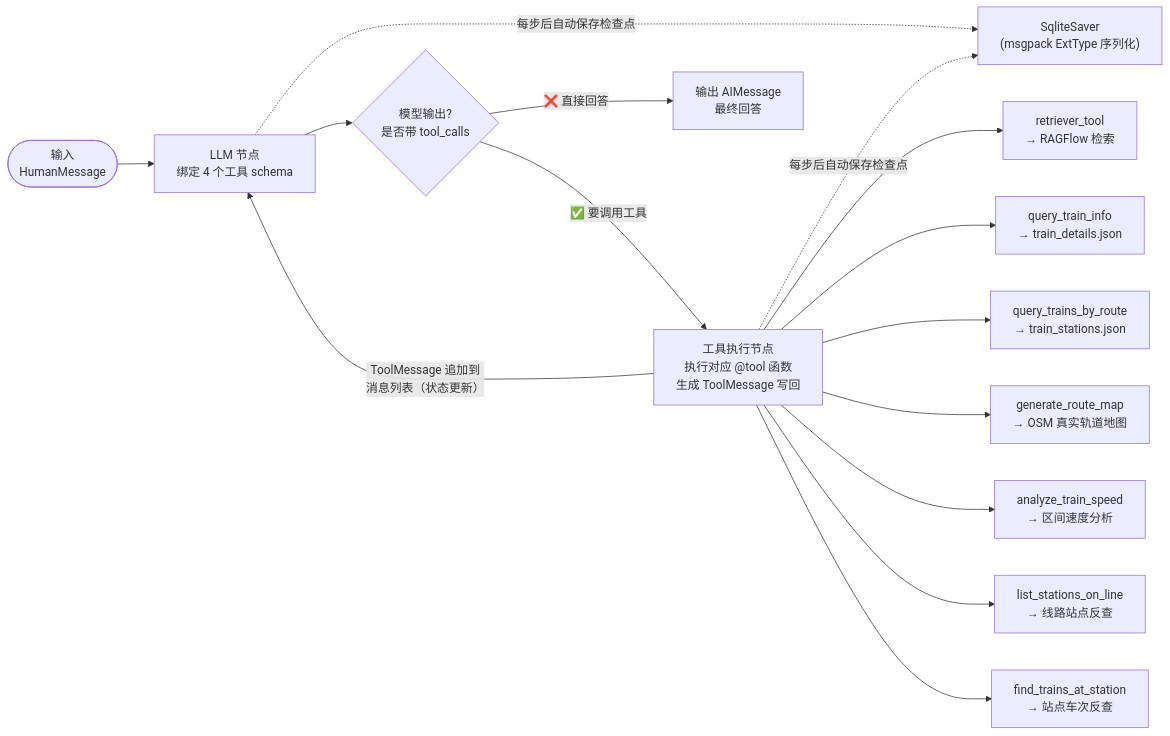
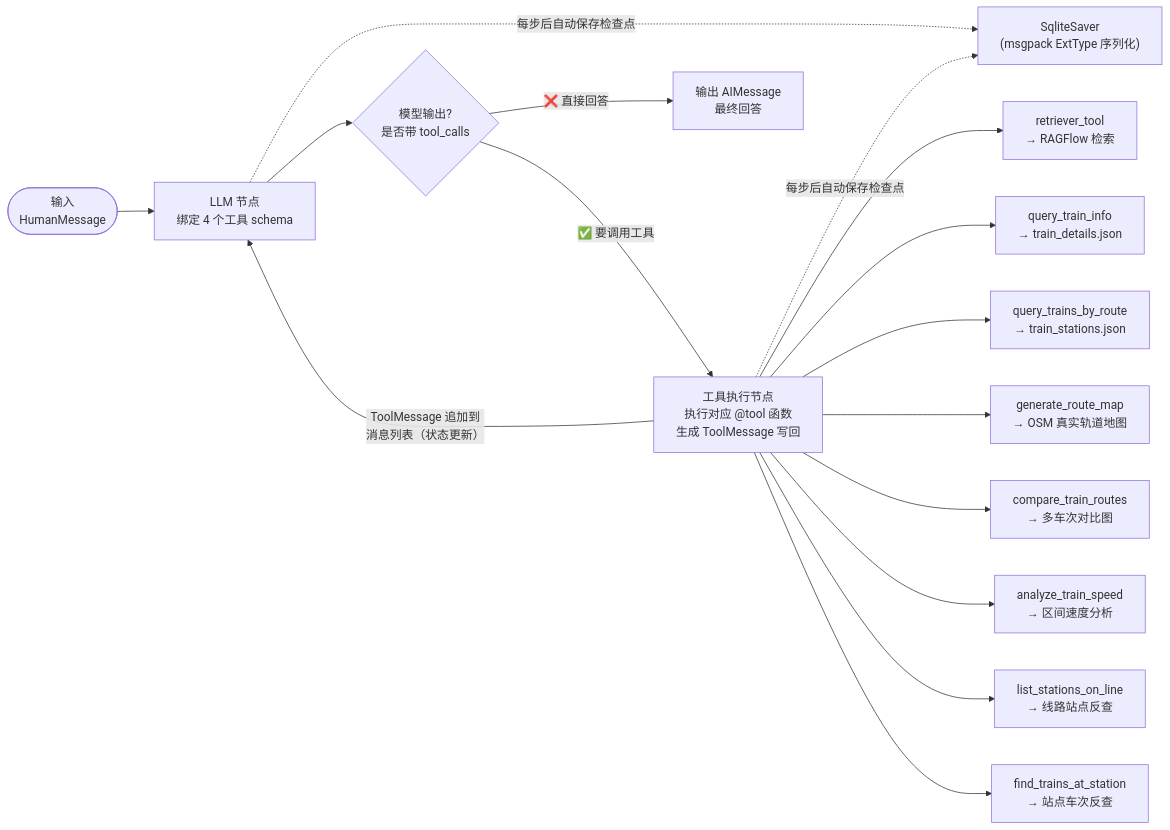
Before and after one commit to 1225-1225/Railway-8620: the second of 5 diagrams in docs/architecture.md, drawn with Mermaid. The commit also changed other lines of this file and 5 other files, not shown here.

First line of the commit message:
feat: 多车次路线对比图（工具数 7 -> 8）

````diff
--- a/docs/architecture.md
+++ b/docs/architecture.md
@@ -84,20 +85,21 @@
 ```mermaid
 flowchart LR
     START(["输入<br/>HumanMessage"]) --> LLM["LLM 节点<br/>绑定 4 个工具 schema"]
 
     LLM --> 判断{"模型输出?<br/>是否带 tool_calls"}
     判断 -->|"✅ 要调用工具"| TOOLS["工具执行节点<br/>执行对应 @tool 函数<br/>生成 ToolMessage 写回"]
     TOOLS -->|"ToolMessage 追加到<br/>消息列表（状态更新）"| LLM
     判断 -->|"❌ 直接回答"| END["输出 AIMessage<br/>最终回答"]
 
     LLM -. "每步后自动保存检查点" .-> CP["SqliteSaver<br/>(msgpack ExtType 序列化)"]
     TOOLS -. "每步后自动保存检查点" .-> CP
 
     TOOLS --> T1["retriever_tool<br/>→ RAGFlow 检索"]
     TOOLS --> T2["query_train_info<br/>→ train_details.json"]
     TOOLS --> T3["query_trains_by_route<br/>→ train_stations.json"]
     TOOLS --> T4["generate_route_map<br/>→ OSM 真实轨道地图"]
-    TOOLS --> T5["analyze_train_speed<br/>→ 区间速度分析"]
-    TOOLS --> T6["list_stations_on_line<br/>→ 线路站点反查"]
-    TOOLS --> T7["find_trains_at_station<br/>→ 站点车次反查"]
+    TOOLS --> T5["compare_train_routes<br/>→ 多车次对比图"]
+    TOOLS --> T6["analyze_train_speed<br/>→ 区间速度分析"]
+    TOOLS --> T7["list_stations_on_line<br/>→ 线路站点反查"]
+    TOOLS --> T8["find_trains_at_station<br/>→ 站点车次反查"]
 ```
````
